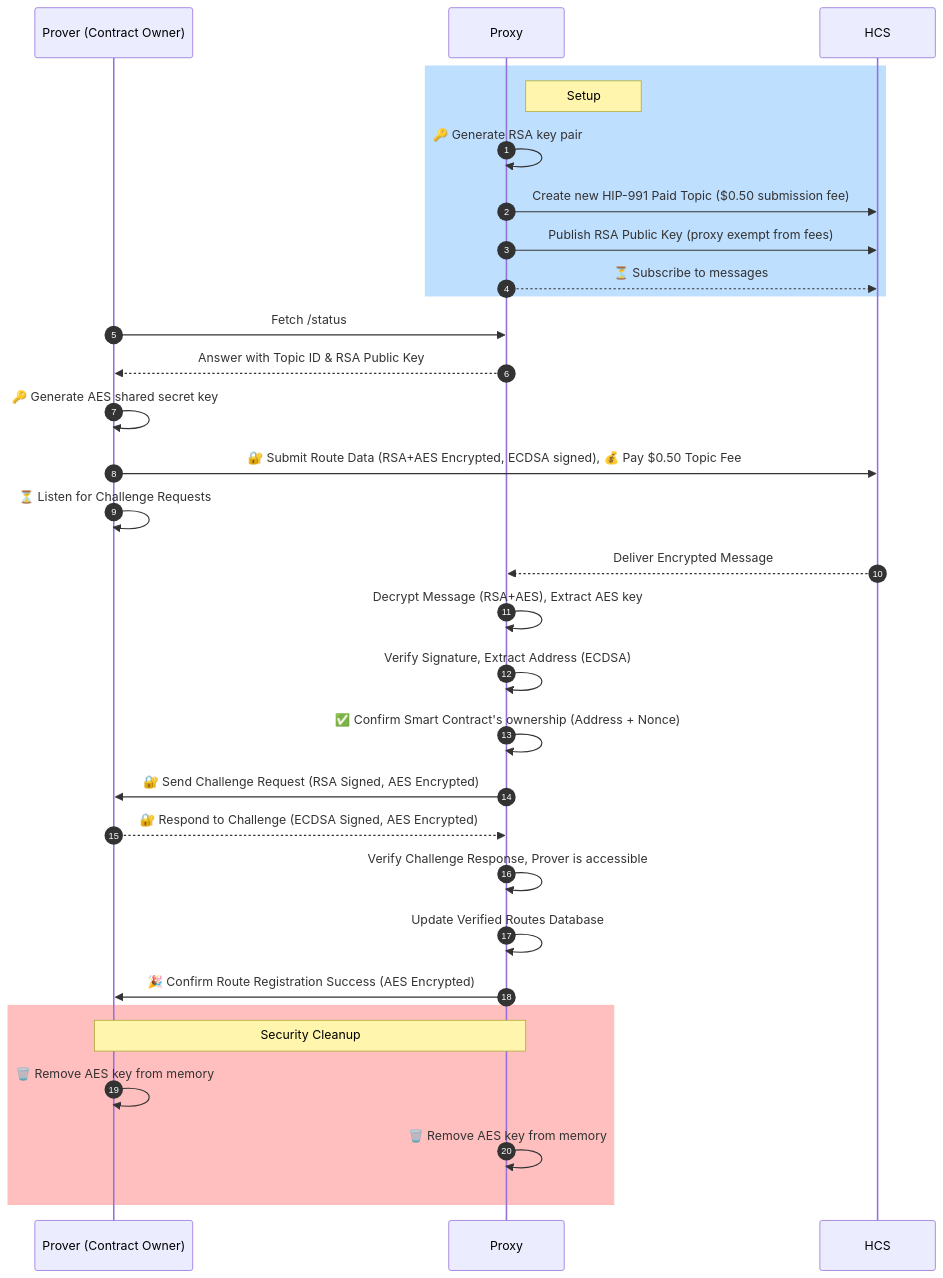
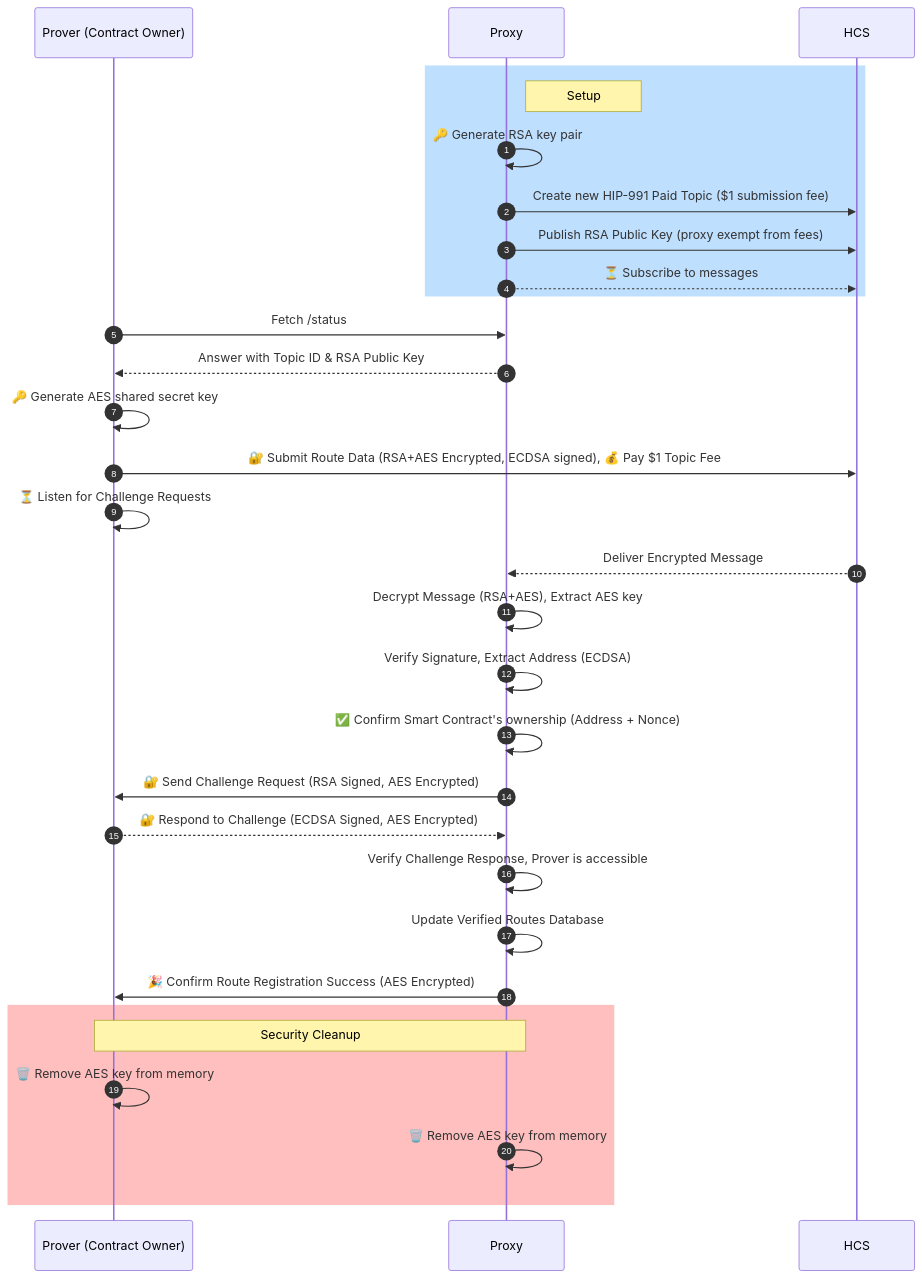
The diagram in README.md (InternetOfPeers/hiero-json-rpc-relay-proxy), drawn with Mermaid before and after one commit. The commit also changed 8 other files, not shown here.

````diff
--- a/README.md
+++ b/README.md
@@ -141,34 +141,34 @@
 ```mermaid
 sequenceDiagram
   participant Prover as Prover (Contract Owner)
   participant Proxy as Proxy
   participant HCS as HCS
 
   autonumber
   rect rgb(191, 223, 255)
     Note right of Proxy: Setup
     Proxy ->> Proxy: 🔑 Generate RSA key pair
-    Proxy ->> HCS: Create new HIP-991 Paid Topic ($0.50 submission fee)
+    Proxy ->> HCS: Create new HIP-991 Paid Topic ($1 submission fee)
     Proxy ->> HCS: Publish RSA Public Key (proxy exempt from fees)
     Proxy -->> HCS: ⏳ Subscribe to messages
   end
   Prover ->> Proxy: Fetch /status
   Proxy -->> Prover: Answer with Topic ID & RSA Public Key
   Prover ->> Prover: 🔑 Generate AES shared secret key
-  Prover ->> HCS: 🔐 Submit Route Data (RSA+AES Encrypted, ECDSA signed), 💰 Pay $0.50 Topic Fee
+  Prover ->> HCS: 🔐 Submit Route Data (RSA+AES Encrypted, ECDSA signed), 💰 Pay $1 Topic Fee
   Prover ->> Prover: ⏳ Listen for Challenge Requests
   HCS -->> Proxy: Deliver Encrypted Message
   Proxy ->> Proxy: Decrypt Message (RSA+AES), Extract AES key
   Proxy ->> Proxy: Verify Signature, Extract Address (ECDSA)
   Proxy ->> Proxy: ✅ Confirm Smart Contract's ownership (Address + Nonce)
   Proxy ->> Prover: 🔐 Send Challenge Request (RSA Signed, AES Encrypted)
   Prover -->> Proxy: 🔐 Respond to Challenge (ECDSA Signed, AES Encrypted)
   Proxy ->> Proxy: Verify Challenge Response, Prover is accessible
   Proxy ->> Proxy: Update Verified Routes Database
   Proxy ->> Prover: 🎉 Confirm Route Registration Success (AES Encrypted)
   rect rgb(255, 191, 191)
     Note over Prover, Proxy: Security Cleanup
     Prover ->> Prover: 🗑️ Remove AES key from memory
     Proxy ->> Proxy: 🗑️ Remove AES key from memory
   end
 ```
````
